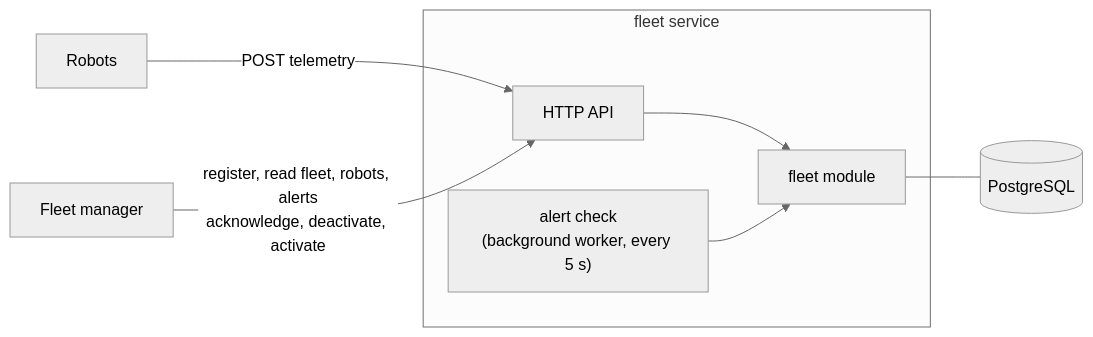
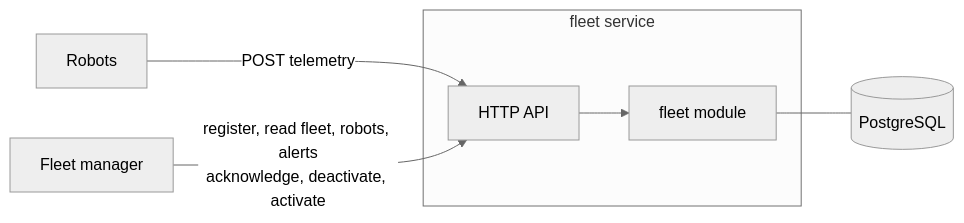
One commit to mojtaba-gheytasi/robot-fleet-management changed the diagram in README.md. Above: the diagram before and after it, drawn with Mermaid (neutral theme). The commit also changed other lines of this file and 43 other files, not shown here.

````diff
--- a/README.md
+++ b/README.md
@@ -25,10 +25,9 @@
 ```mermaid
 flowchart LR
     Robots -->|POST telemetry| API[HTTP API]
     Manager[Fleet manager] -->|register, read fleet, robots, alerts<br/>acknowledge, deactivate, activate| API
     subgraph service["fleet service"]
         API --> Fleet[fleet module]
-        Check["alert check<br/>(background worker, every 5 s)"] --> Fleet
     end
     Fleet --- DB[(PostgreSQL)]
 ```
````
